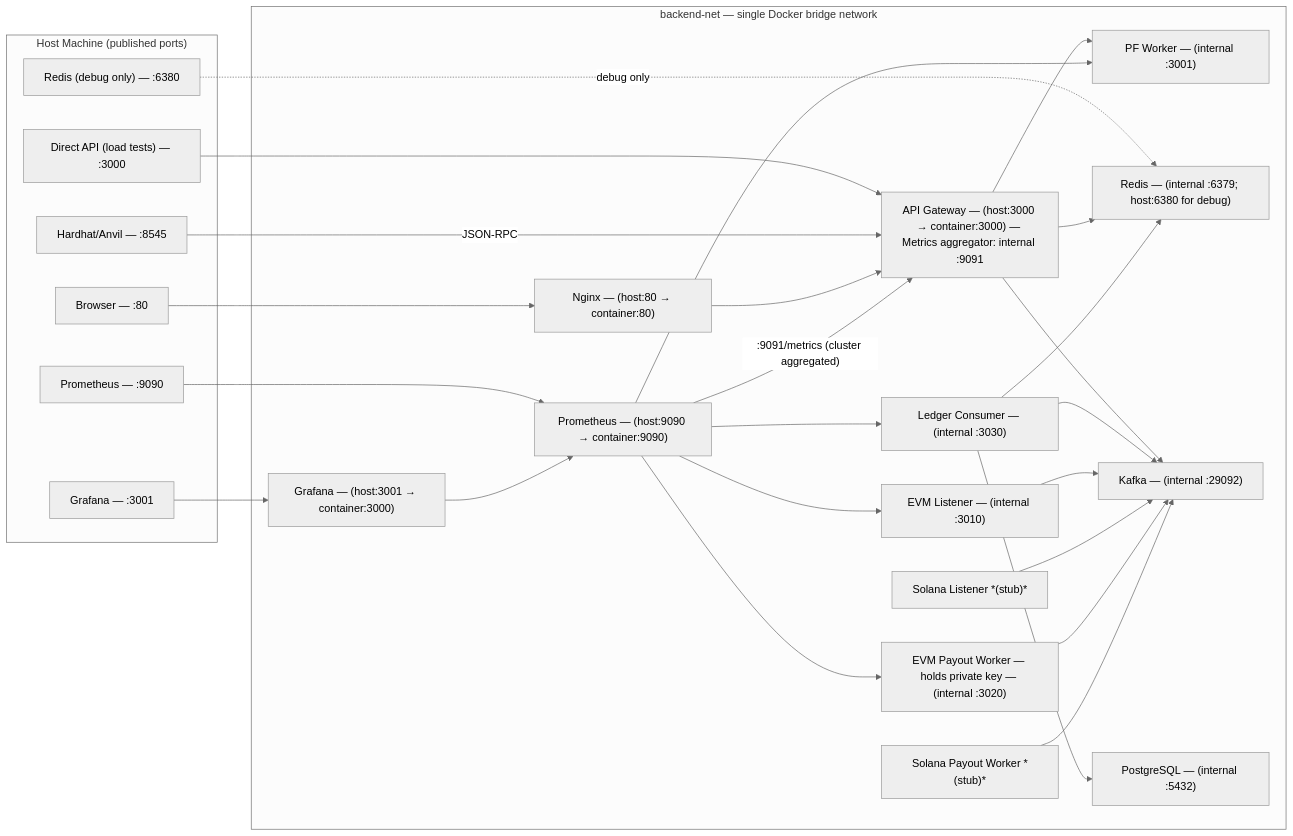
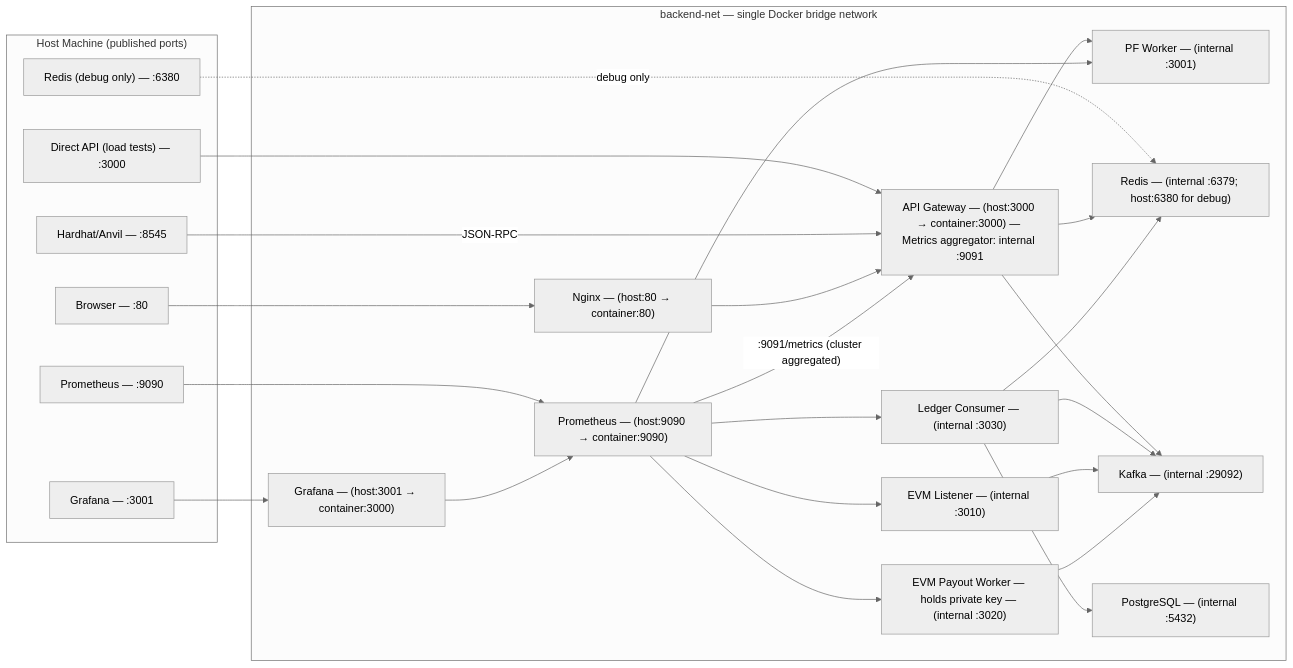
One commit to Fennzo/DiceTilt changed the third of 3 diagrams in documentation/architecture-overview.md. Above: the diagram before and after it, drawn with Mermaid (neutral theme). The commit also changed other lines of this file and 24 other files, not shown here.

Commit message:
align architecture docs with current runtime implementation

````diff
--- a/documentation/architecture-overview.md
+++ b/documentation/architecture-overview.md
@@ -221,57 +197,53 @@
 ```mermaid
 graph LR
     subgraph "Host Machine (published ports)"
         Browser["Browser — :80"]
         DevAPI["Direct API (load tests) — :3000"]
         GrafanaHost["Grafana — :3001"]
         PromHost["Prometheus — :9090"]
         EVMHost["Hardhat/Anvil — :8545"]
         RedisDebug["Redis (debug only) — :6380"]
     end
 
     subgraph "backend-net — single Docker bridge network"
         Nginx["Nginx — (host:80 → container:80)"]
         API["API Gateway — (host:3000 → container:3000) — Metrics aggregator: internal :9091"]
         PF["PF Worker — (internal :3001)"]
         Redis["Redis — (internal :6379; host:6380 for debug)"]
         Kafka["Kafka — (internal :29092)"]
         Postgres["PostgreSQL — (internal :5432)"]
         Ledger["Ledger Consumer — (internal :3030)"]
         EVMListen["EVM Listener — (internal :3010)"]
         EVMPay["EVM Payout Worker — holds private key — (internal :3020)"]
-        SolListen["Solana Listener *(stub)*"]
-        SolPay["Solana Payout Worker *(stub)*"]
         Prom["Prometheus — (host:9090 → container:9090)"]
         Grafana["Grafana — (host:3001 → container:3000)"]
     end
 
     Browser --> Nginx
     DevAPI --> API
     GrafanaHost --> Grafana
     PromHost --> Prom
     EVMHost -->|"JSON-RPC"| API
     RedisDebug -.->|"debug only"| Redis
 
     Nginx --> API
 
     API --> Redis
     API --> Kafka
     API --> PF
 
     Ledger --> Kafka
     Ledger --> Postgres
     Ledger --> Redis
 
     EVMListen --> Kafka
-    SolListen --> Kafka
     EVMPay --> Kafka
-    SolPay --> Kafka
 
     Prom -->|":9091/metrics (cluster aggregated)"| API
     Prom --> PF
     Prom --> Ledger
     Prom --> EVMListen
     Prom --> EVMPay
 
     Grafana --> Prom
 ```
````
